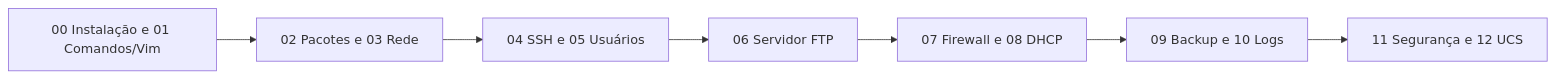
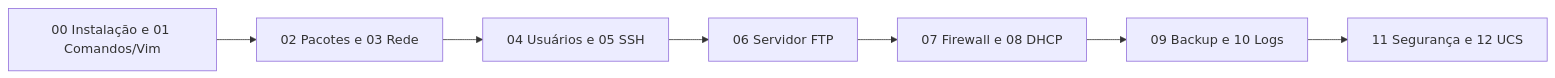
Before and after one commit to Redes-de-computadores/servidores: the diagram in README.md, drawn with Mermaid. The commit also changed other lines of this file and 6 other files, not shown here.

````diff
--- a/README.md
+++ b/README.md
@@ -32,9 +32,9 @@
 ```mermaid
 flowchart LR
     A[00 Instalação e 01 Comandos/Vim] --> B[02 Pacotes e 03 Rede]
-    B --> C[04 SSH e 05 Usuários]
+    B --> C[04 Usuários e 05 SSH]
     C --> D[06 Servidor FTP]
     D --> E[07 Firewall e 08 DHCP]
     E --> F[09 Backup e 10 Logs]
     F --> G[11 Segurança e 12 UCS]
 ```
````
